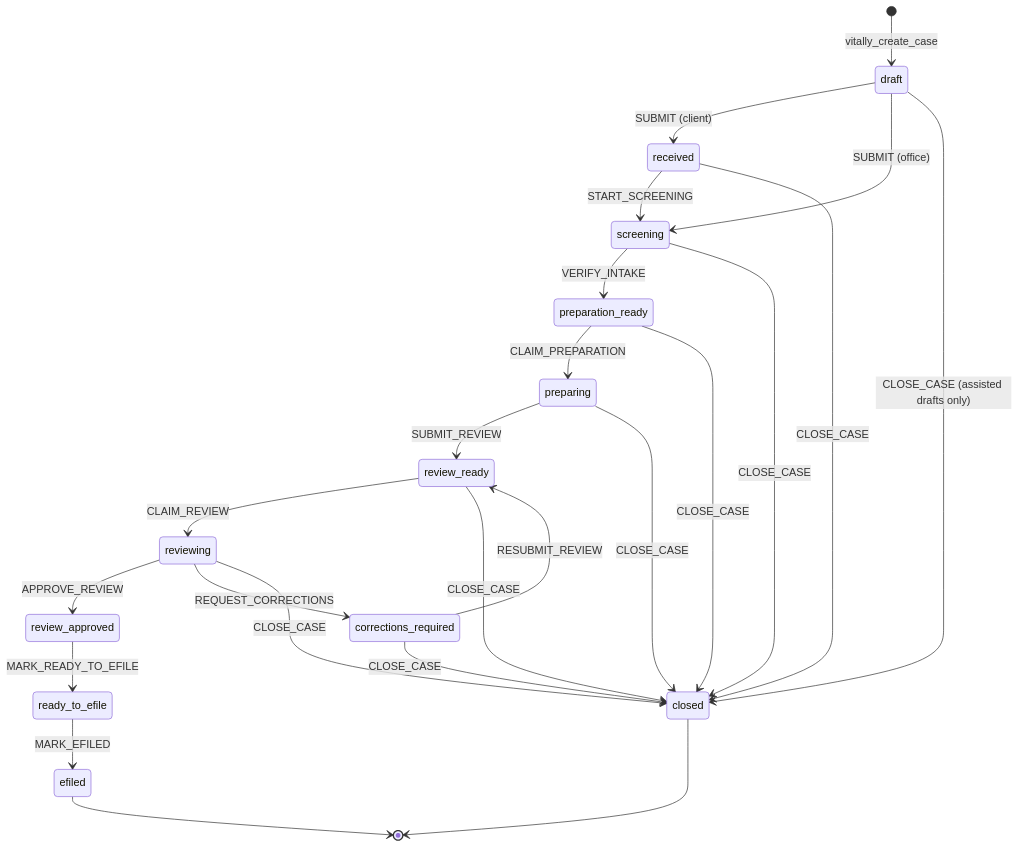
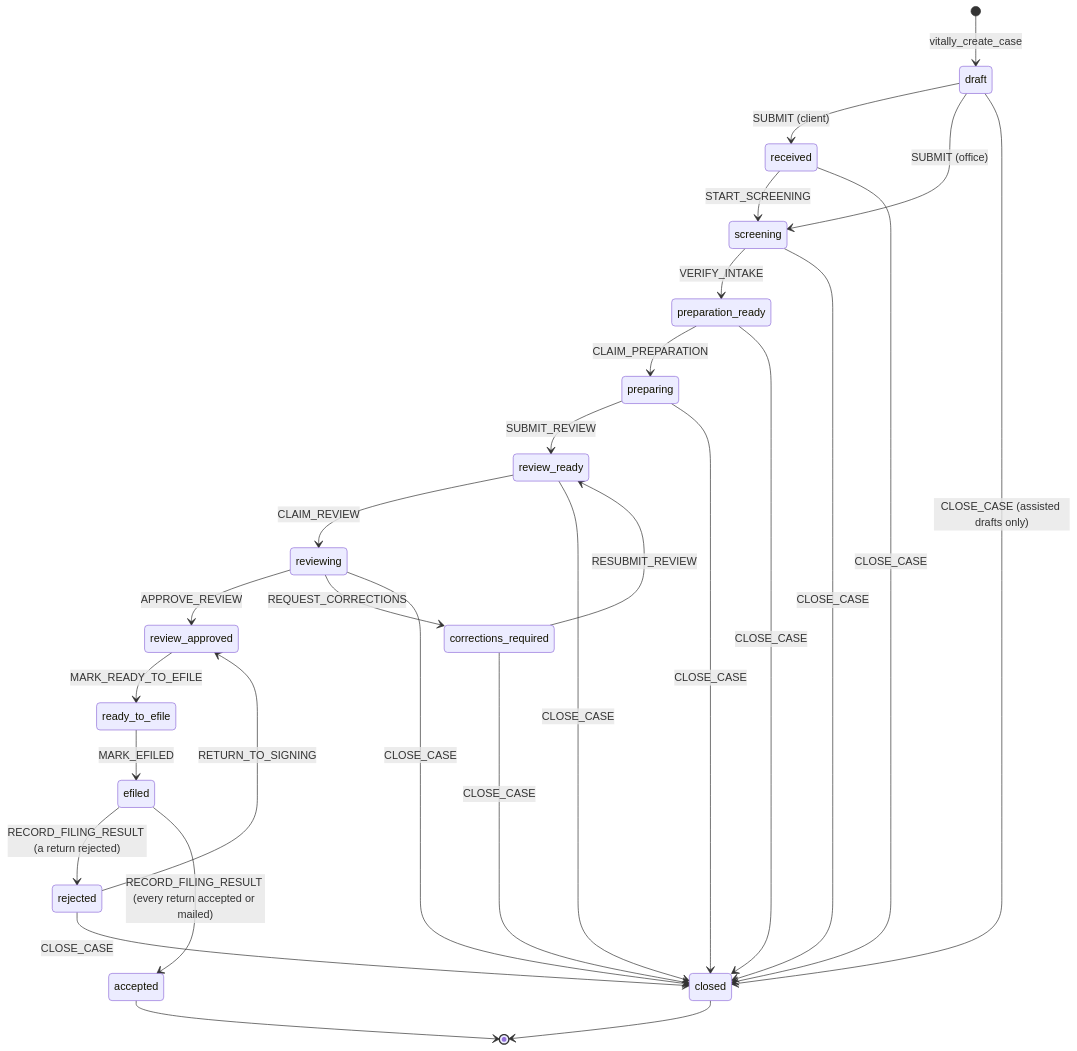
The second of 2 diagrams in docs/developer/database.md (jin-yu-yang/VITA-Management-System-Demo), drawn with Mermaid before and after one commit. The commit also changed other lines of this file and 6 other files, not shown here.

Commit message:
Filing results: diagram and docs

````diff
--- a/docs/developer/database.md
+++ b/docs/developer/database.md
@@ -300,26 +306,30 @@
 ```mermaid
 stateDiagram-v2
   [*] --> draft: vitally_create_case
   draft --> received: SUBMIT (client)
   draft --> screening: SUBMIT (office)
   received --> screening: START_SCREENING
   screening --> preparation_ready: VERIFY_INTAKE
   preparation_ready --> preparing: CLAIM_PREPARATION
   preparing --> review_ready: SUBMIT_REVIEW
   review_ready --> reviewing: CLAIM_REVIEW
   reviewing --> review_approved: APPROVE_REVIEW
   review_approved --> ready_to_efile: MARK_READY_TO_EFILE
   ready_to_efile --> efiled: MARK_EFILED
   reviewing --> corrections_required: REQUEST_CORRECTIONS
   corrections_required --> review_ready: RESUBMIT_REVIEW
   received --> closed: CLOSE_CASE
   screening --> closed: CLOSE_CASE
   preparation_ready --> closed: CLOSE_CASE
   preparing --> closed: CLOSE_CASE
   review_ready --> closed: CLOSE_CASE
   reviewing --> closed: CLOSE_CASE
   corrections_required --> closed: CLOSE_CASE
   draft --> closed: CLOSE_CASE (assisted drafts only)
-  efiled --> [*]
+  efiled --> rejected: RECORD_FILING_RESULT (a return rejected)
+  efiled --> accepted: RECORD_FILING_RESULT (every return accepted or mailed)
+  rejected --> review_approved: RETURN_TO_SIGNING
+  rejected --> closed: CLOSE_CASE
+  accepted --> [*]
   closed --> [*]
 ```
````
